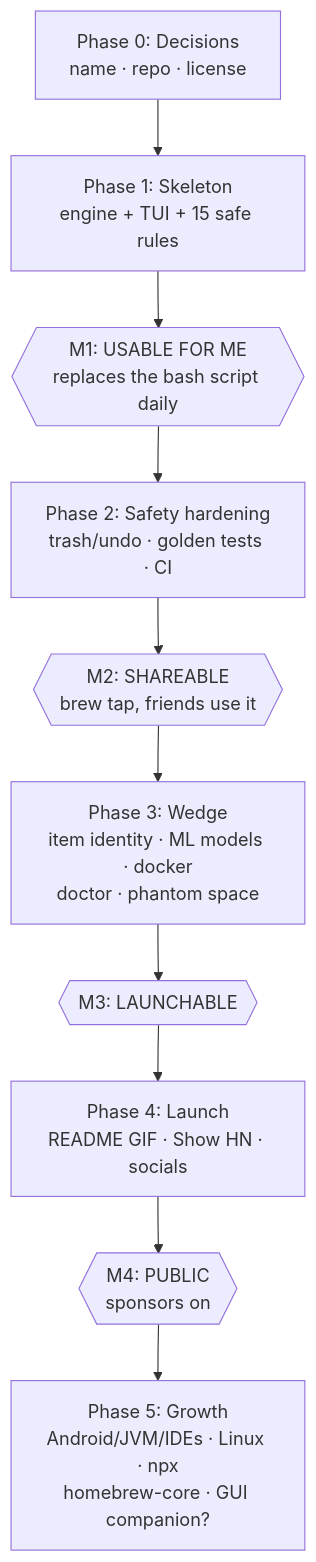
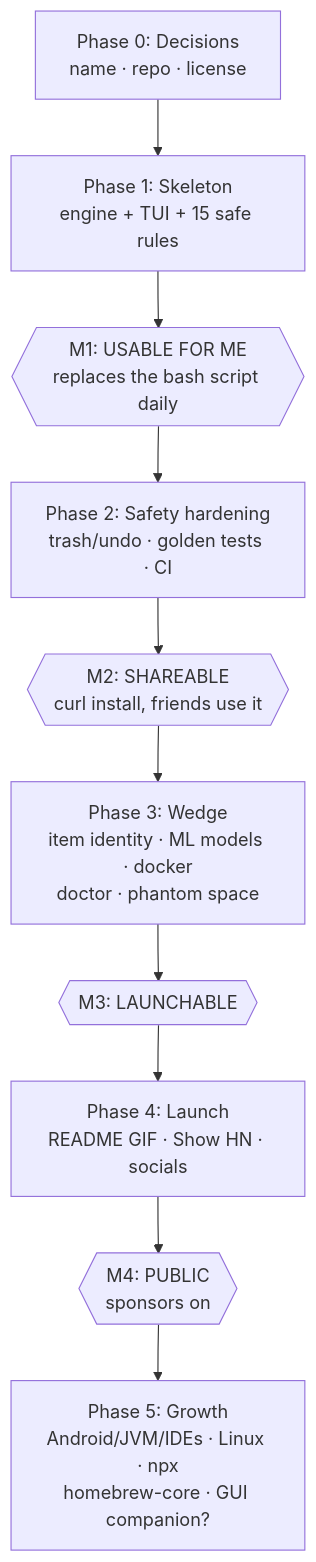
The diagram in docs/PLAN.md (lbagic/regrow), drawn with Mermaid before and after one commit. The commit also changed other lines of this file and 5 other files, not shown here.

First line of the commit message:
Install with one curl line, and a release that publishes without the Homebrew tap (#25)

````diff
--- a/docs/PLAN.md
+++ b/docs/PLAN.md
@@ -60,12 +61,12 @@
 ```mermaid
 flowchart TD
     P0[Phase 0: Decisions<br/>name · repo · license] --> P1[Phase 1: Skeleton<br/>engine + TUI + 15 safe rules]
     P1 --> M1{{M1: USABLE FOR ME<br/>replaces the bash script daily}}
     M1 --> P2[Phase 2: Safety hardening<br/>trash/undo · golden tests · CI]
-    P2 --> M2{{M2: SHAREABLE<br/>brew tap, friends use it}}
+    P2 --> M2{{M2: SHAREABLE<br/>curl install, friends use it}}
     M2 --> P3[Phase 3: Wedge<br/>item identity · ML models · docker<br/>doctor · phantom space]
     P3 --> M3{{M3: LAUNCHABLE}}
     M3 --> P4[Phase 4: Launch<br/>README GIF · Show HN · socials]
     P4 --> M4{{M4: PUBLIC<br/>sponsors on}}
     M4 --> P5[Phase 5: Growth<br/>Android/JVM/IDEs · Linux · npx<br/>homebrew-core · GUI companion?]
 ```
````
